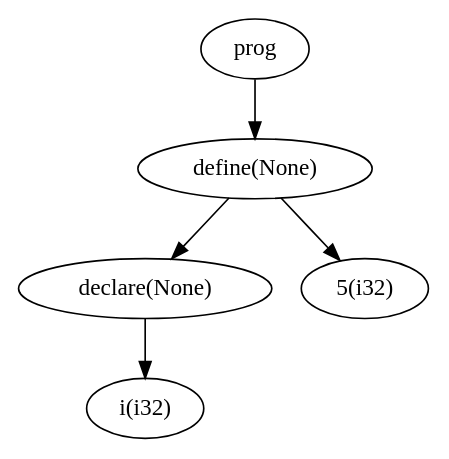
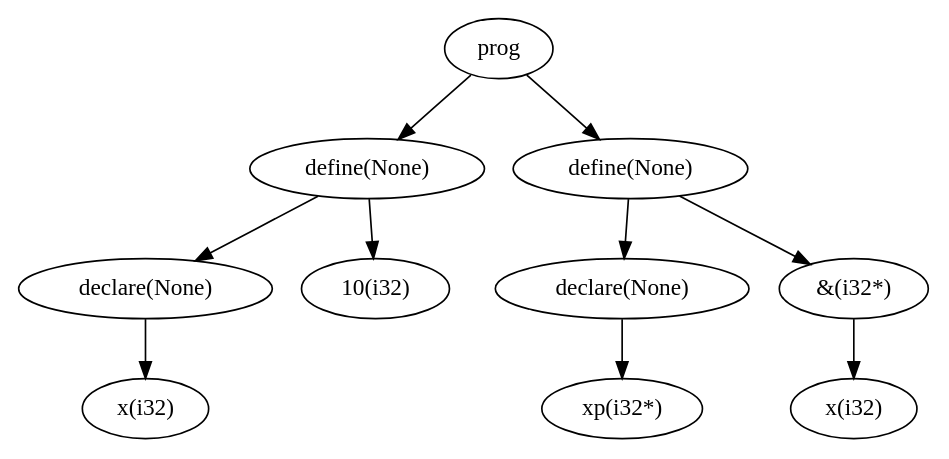
Before and after one commit to sampieters/compiler: the diagram in AST.dot, drawn with Graphviz. The commit also changed 3 other files, not shown here.

```diff
--- a/AST.dot
+++ b/AST.dot
@@ -1,11 +1,21 @@
 digraph AST {
 	node0[label="prog"]
 	node1[label="define(None)"]
 	node0->node1
 	node2[label="declare(None)"]
 	node1->node2
-	node3[label="i(i32)"]
+	node3[label="x(i32)"]
 	node2->node3
-	node4[label="5(i32)"]
+	node4[label="10(i32)"]
 	node1->node4
+	node5[label="define(None)"]
+	node0->node5
+	node6[label="declare(None)"]
+	node5->node6
+	node7[label="xp(i32*)"]
+	node6->node7
+	node8[label="&(i32*)"]
+	node5->node8
+	node9[label="x(i32)"]
+	node8->node9
 }
```
